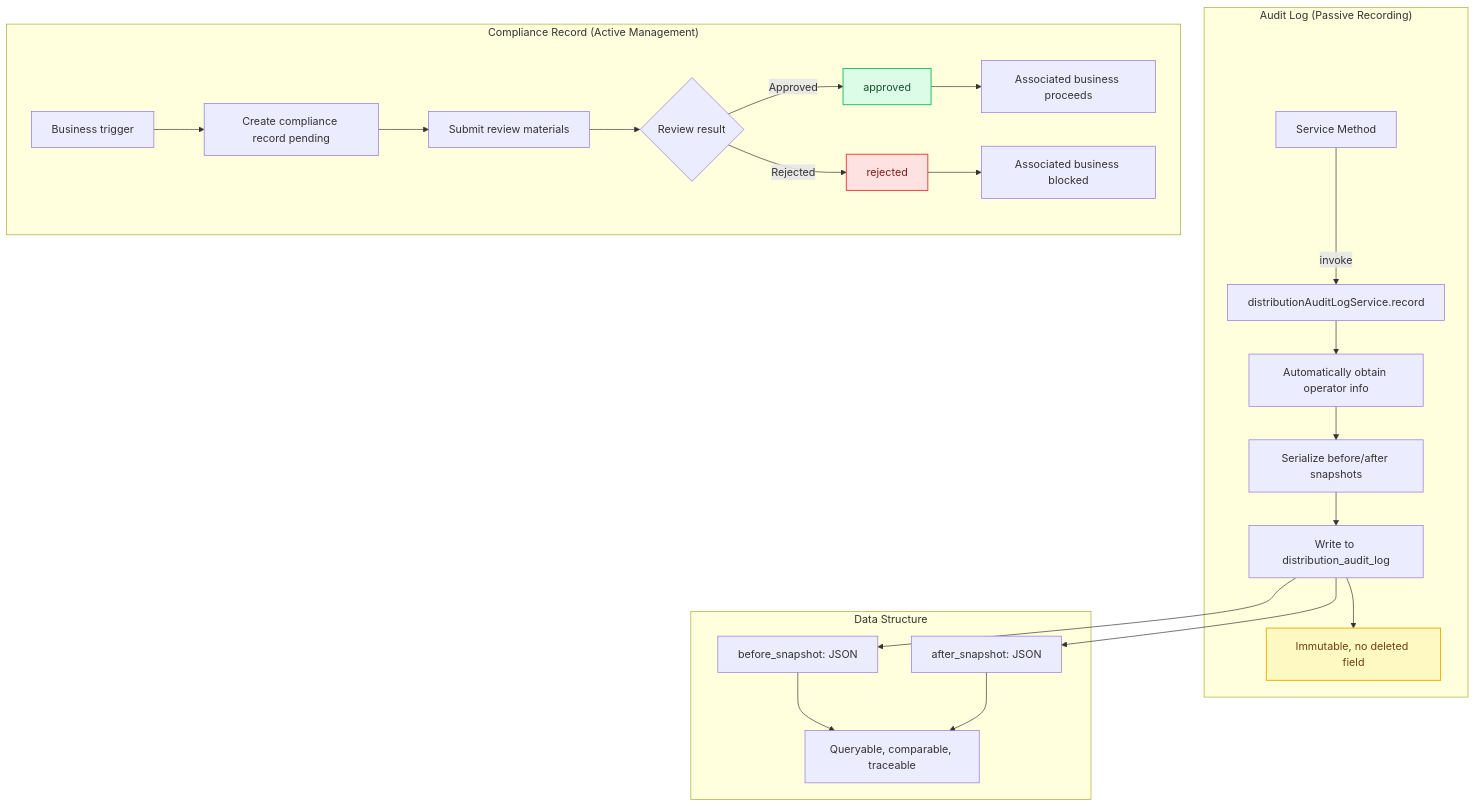
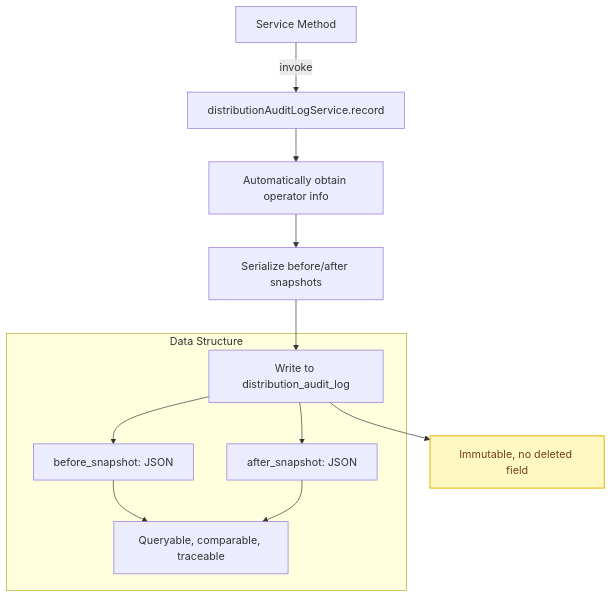
One commit to StevenTsai/distribution-architecture changed the first of 5 diagrams in en/architecture/audit-and-compliance.md. Above: the diagram before and after it, drawn with Mermaid. The commit also changed other lines of this file and 37 other files, not shown here.

First line of the commit message:
docs: replace ASCII diagrams with Mermaid and improve layout

````diff
--- a/en/architecture/audit-and-compliance.md
+++ b/en/architecture/audit-and-compliance.md
@@ -11,34 +13,18 @@
 ```mermaid
 flowchart TB
-    subgraph AuditLog["Audit Log (Passive Recording)"]
-        A[Service Method] -->|invoke| B[distributionAuditLogService.record]
-        B --> C[Automatically obtain operator info]
-        C --> D[Serialize before/after snapshots]
-        D --> E[Write to distribution_audit_log]
-        E --> F[Immutable, no deleted field]
-    end
-
-    subgraph ComplianceRecord["Compliance Record (Active Management)"]
-        G[Business trigger] --> H[Create compliance record pending]
-        H --> I[Submit review materials]
-        I --> J{Review result}
-        J -->|Approved| K[approved]
-        J -->|Rejected| L[rejected]
-        K --> M[Associated business proceeds]
-        L --> N[Associated business blocked]
-    end
+    A[Service Method] -->|invoke| B[distributionAuditLogService.record]
+    B --> C[Automatically obtain operator info]
+    C --> D[Serialize before/after snapshots]
+    D --> E[Write to distribution_audit_log]
+    E --> F[Immutable, no deleted field]
 
     subgraph DataStructure[Data Structure]
         E --> O["before_snapshot: JSON"]
         E --> P["after_snapshot: JSON"]
         O --> Q["Queryable, comparable, traceable"]
         P --> Q
     end
 
     class F warning
-    class K success
-    class L danger
-    classDef success fill:#dcfce7,stroke:#22c55e,color:#14532d,stroke-width:1.5px
     classDef warning fill:#fef9c3,stroke:#eab308,color:#713f12,stroke-width:1.5px
-    classDef danger fill:#fee2e2,stroke:#ef4444,color:#7f1d1d,stroke-width:1.5px
 ```
````
